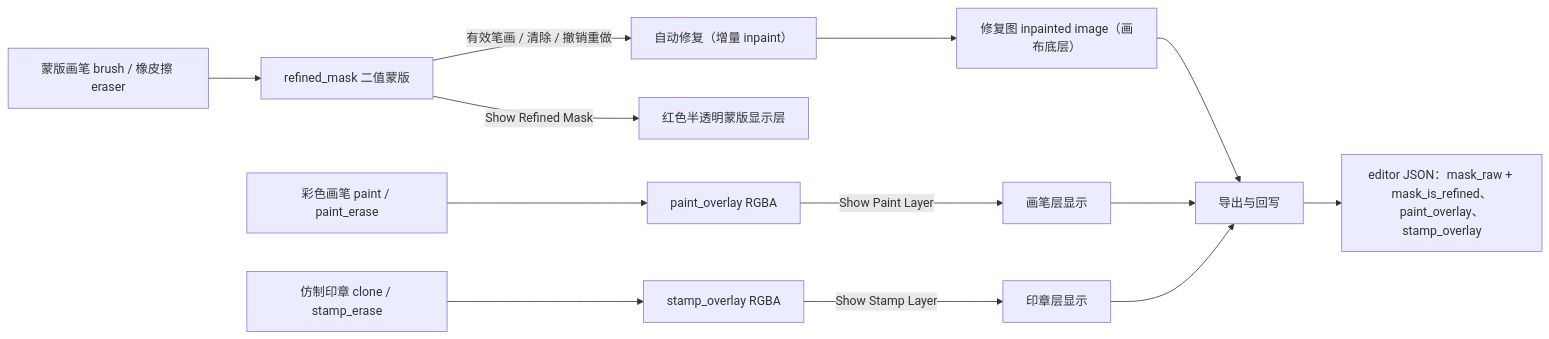
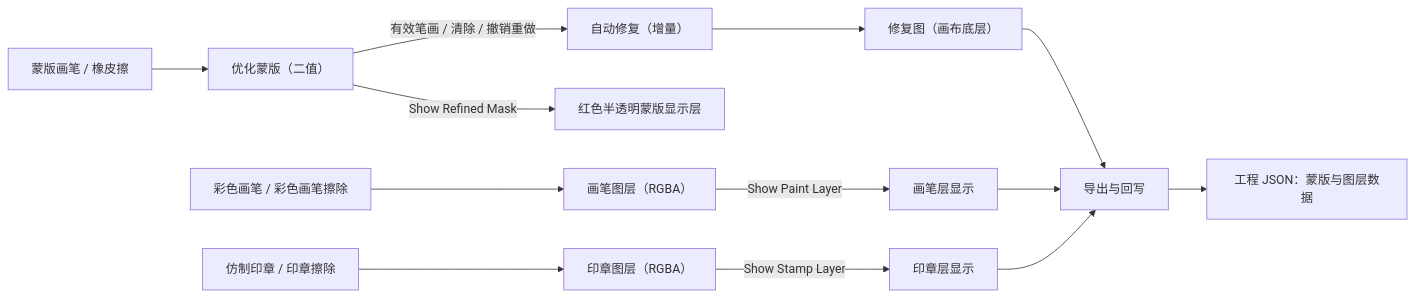
Before and after one commit to hgmzhn/manga-translator-ui: the first of 2 diagrams in doc/wiki/zh/desktop/editor/mask-paint-and-clone-stamp.md, drawn with Mermaid. The commit also changed other lines of this file and 252 other files, not shown here.

````diff
--- a/doc/wiki/zh/desktop/editor/mask-paint-and-clone-stamp.md
+++ b/doc/wiki/zh/desktop/editor/mask-paint-and-clone-stamp.md
@@ -82,15 +54,15 @@
 ```mermaid
 flowchart LR
-    B["蒙版画笔 brush / 橡皮擦 eraser"] --> M["refined_mask 二值蒙版"]
-    P["彩色画笔 paint / paint_erase"] --> O["paint_overlay RGBA"]
-    C["仿制印章 clone / stamp_erase"] --> S["stamp_overlay RGBA"]
-    M -->|"有效笔画 / 清除 / 撤销重做"| I["自动修复（增量 inpaint）"]
+    B["蒙版画笔 / 橡皮擦"] --> M["优化蒙版（二值）"]
+    P["彩色画笔 / 彩色画笔擦除"] --> O["画笔图层（RGBA）"]
+    C["仿制印章 / 印章擦除"] --> S["印章图层（RGBA）"]
+    M -->|"有效笔画 / 清除 / 撤销重做"| I["自动修复（增量）"]
     M -->|"Show Refined Mask"| DM["红色半透明蒙版显示层"]
-    I --> V["修复图 inpainted image（画布底层）"]
+    I --> V["修复图（画布底层）"]
     O -->|"Show Paint Layer"| DO["画笔层显示"]
     S -->|"Show Stamp Layer"| DS["印章层显示"]
     V --> E["导出与回写"]
     DO --> E
     DS --> E
-    E --> J["editor JSON：mask_raw + mask_is_refined、paint_overlay、stamp_overlay"]
+    E --> J["工程 JSON：蒙版与图层数据"]
 ```
````
